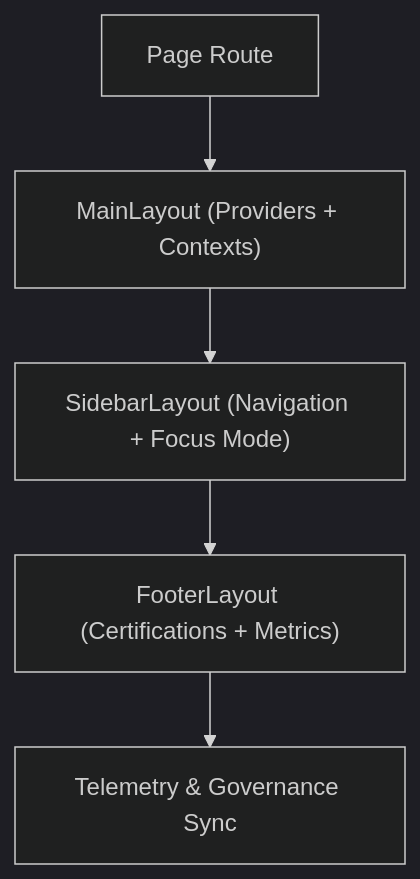
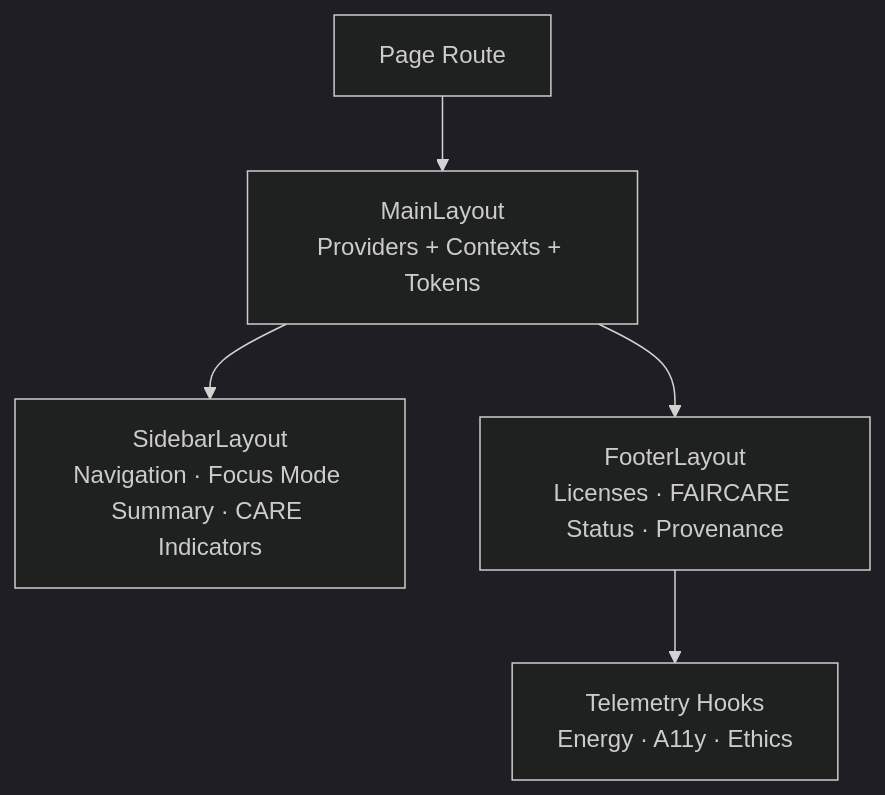
The first of 9 diagrams in web/src/components/Layout/README.md (bartytime4life/Kansas-Frontier-Matrix), drawn with Mermaid (dark theme) before and after one commit. The commit also changed other lines of this file, not shown here.

First line of the commit message:
Revise README for Layout Architecture v10.3.2

````diff
--- a/web/src/components/Layout/README.md
+++ b/web/src/components/Layout/README.md
@@ -53,7 +71,7 @@
 ```mermaid
 flowchart TD
-A["Page Route"] --> B["MainLayout (Providers + Contexts)"]
-B --> C["SidebarLayout (Navigation + Focus Mode)"]
-C --> D["FooterLayout (Certifications + Metrics)"]
-D --> E["Telemetry & Governance Sync"]
+    ROUTE[Page Route] --> MAIN[MainLayout<br/>Providers + Contexts + Tokens]
+    MAIN --> SIDE[SidebarLayout<br/>Navigation · Focus Mode Summary · CARE Indicators]
+    MAIN --> FOOT[FooterLayout<br/>Licenses · FAIRCARE Status · Provenance]
+    FOOT --> TEL[Telemetry Hooks<br/>Energy · A11y · Ethics]
 ```
````
